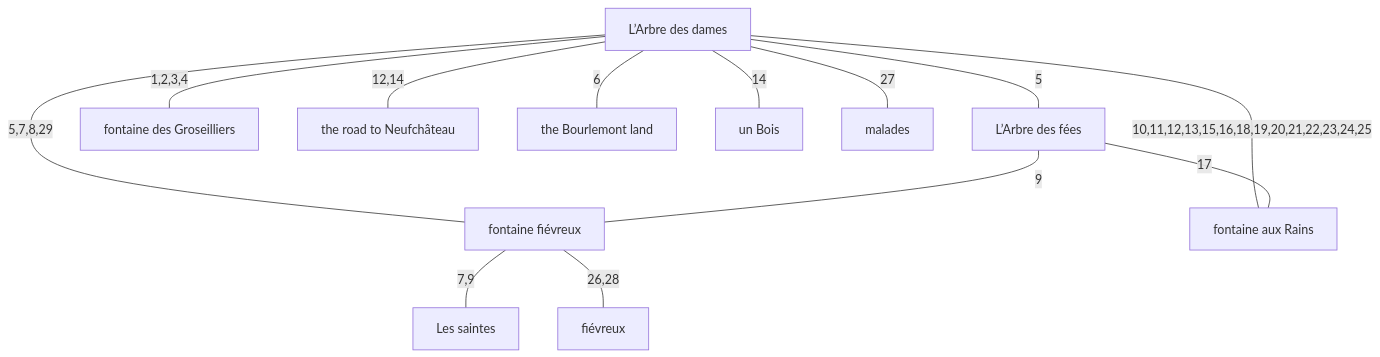
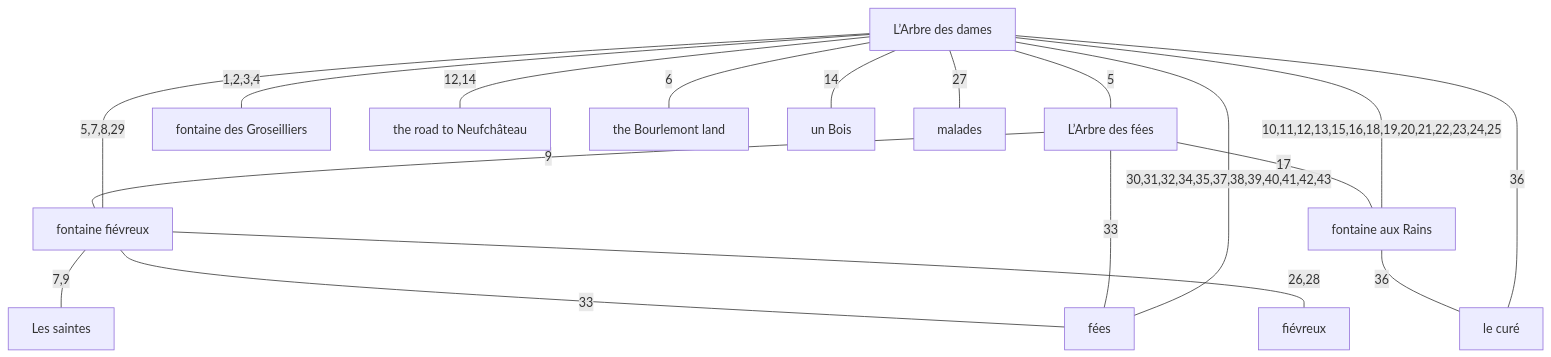
One commit to kitty-catt/the-location-of-the-arbre-des-dames-and-the-spring-of-joan-of-arc changed the diagram in breakout/combined.md. Above: the diagram before and after it, drawn with Mermaid. The commit also changed other lines of this file and 1 other file, not shown here.

````diff
--- a/breakout/combined.md
+++ b/breakout/combined.md
@@ -105,27 +126,34 @@
 ```mermaid
 graph TD
     N1["L’Arbre des dames"]
     N2["L’Arbre des fées"]
     N3["fontaine des Groseilliers"]
     N4["fontaine fiévreux"]
     N5["fontaine aux Rains"]
     N6["the road to Neufchâteau"]
     N7["the Bourlemont land"]
     N8["un Bois"]
     N9["Les saintes"]
     N10["fiévreux"]
     N11["malades"]
+    N12["fées"]
+    N13["le curé"]
 
     N1 -- "5" --- N2
     N1 -- "1,2,3,4" --- N3
     N1 -- "5,7,8,29" --- N4
     N2 -- "9" --- N4
     N1 -- "6" --- N7
     N4 -- "7,9" --- N9
+    N1 -- "30,31,32,34,35,37,38,39,40,41,42,43" --- N12
+    N2 -- "33" --- N12
+    N4 -- "33" --- N12
+    N1 -- "36" --- N13
+    N5 -- "36" --- N13
     N4 -- "26,28" --- N10
     N1 -- "27" --- N11
     N1 -- "10,11,12,13,15,16,18,19,20,21,22,23,24,25" --- N5
     N2 -- "17" --- N5
     N1 -- "12,14" --- N6
     N1 -- "14" --- N8
 ```
````
